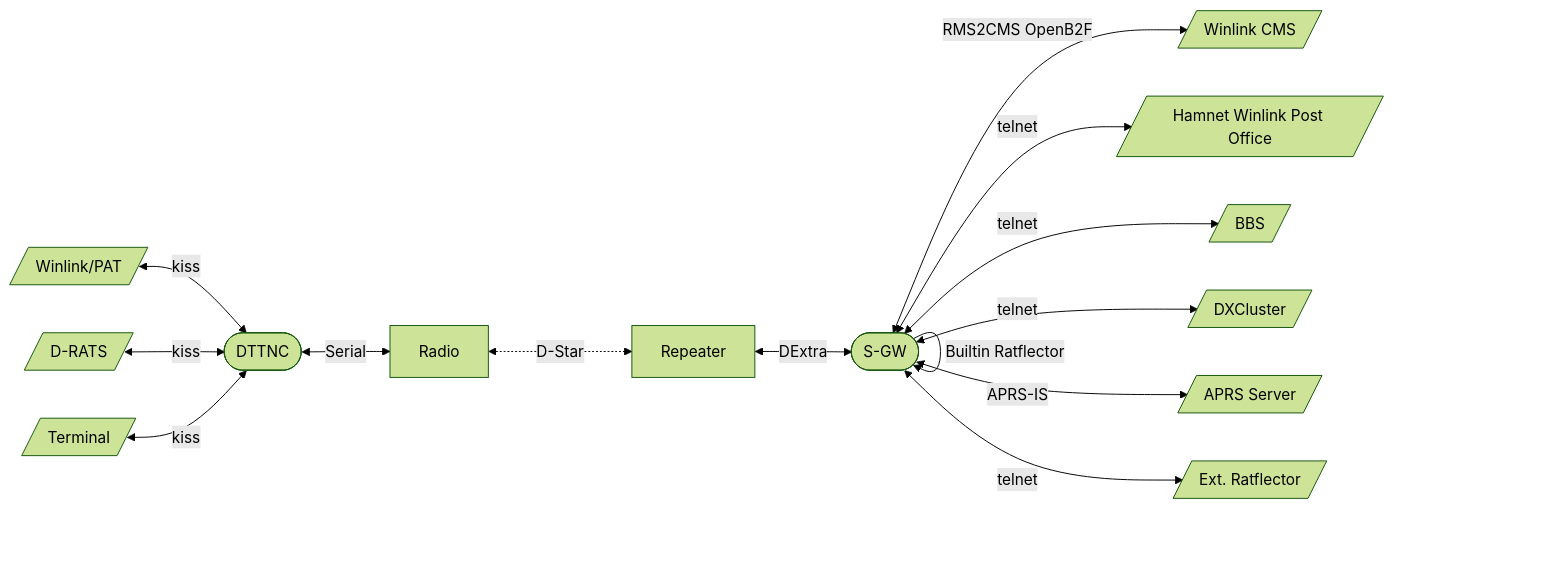
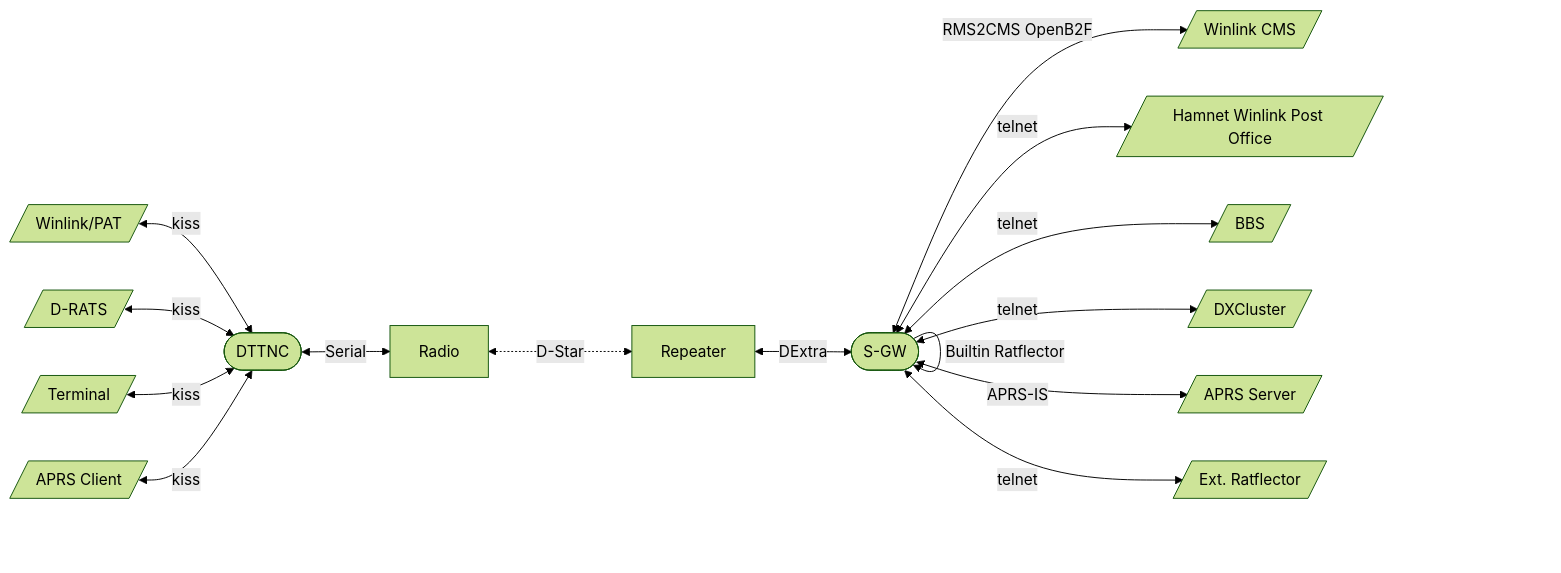
One commit to dscp46/dsgw changed the diagram in README.md. Above: the diagram before and after it, drawn with Mermaid (forest theme).

````diff
--- a/README.md
+++ b/README.md
@@ -17,16 +17,17 @@
 ```mermaid
 flowchart LR
     wl2k[/Winlink/PAT/] <-->|kiss| tnc@{ shape: stadium, label: "DTTNC"}
     rat[/D-RATS/] <-->|kiss| tnc
     term[/Terminal/] <-->|kiss| tnc
+    apc[/APRS Client/] <-->|kiss| tnc
     tnc <-->|Serial| radio[Radio]
     radio <-..->|D-Star| rptr[Repeater]
     rptr <-->|DExtra| dsgw@{ shape: stadium, label: "S-GW"}
     dsgw <-->|RMS2CMS OpenB2F| cms[/Winlink CMS/]
     dsgw <-->|telnet| wlpo[/Hamnet Winlink Post Office/]
     dsgw <-->|telnet| bbs[/BBS/]
     dsgw <-->|telnet| dxc[/DXCluster/]
     dsgw <-->|APRS-IS| abk[/APRS Server/]
     dsgw <--> |telnet| rfl[/Ext. Ratflector/]
     dsgw --> |Builtin Ratflector| dsgw
 ```
````
